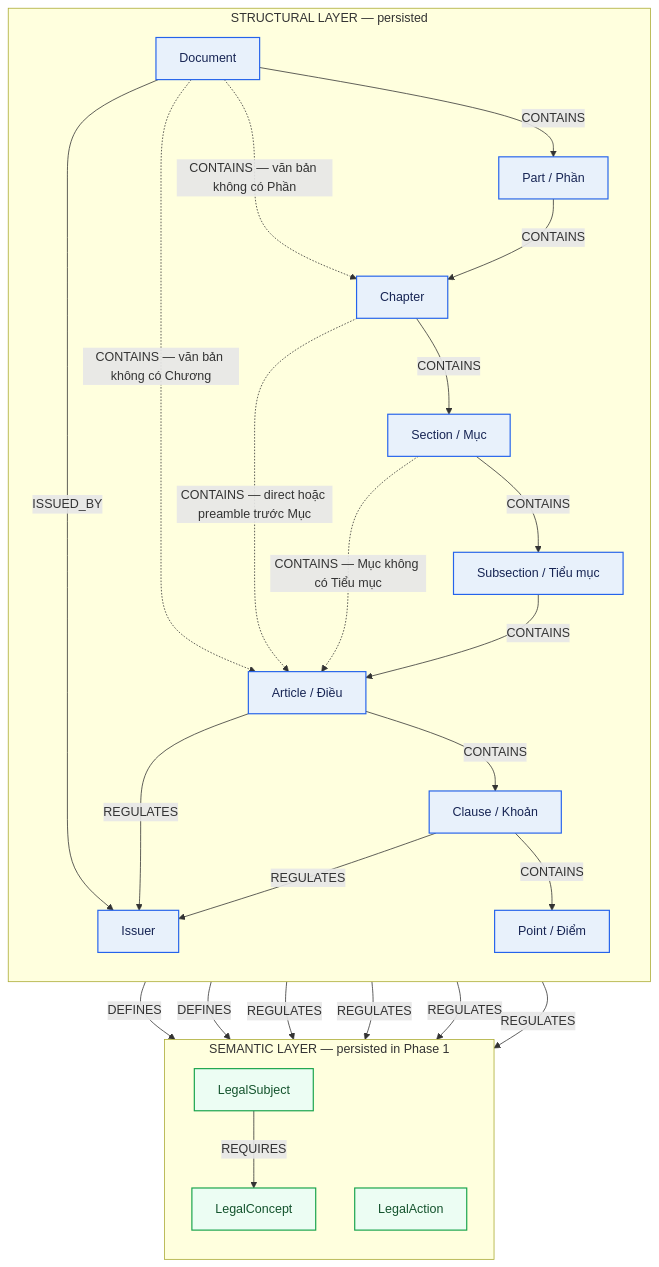
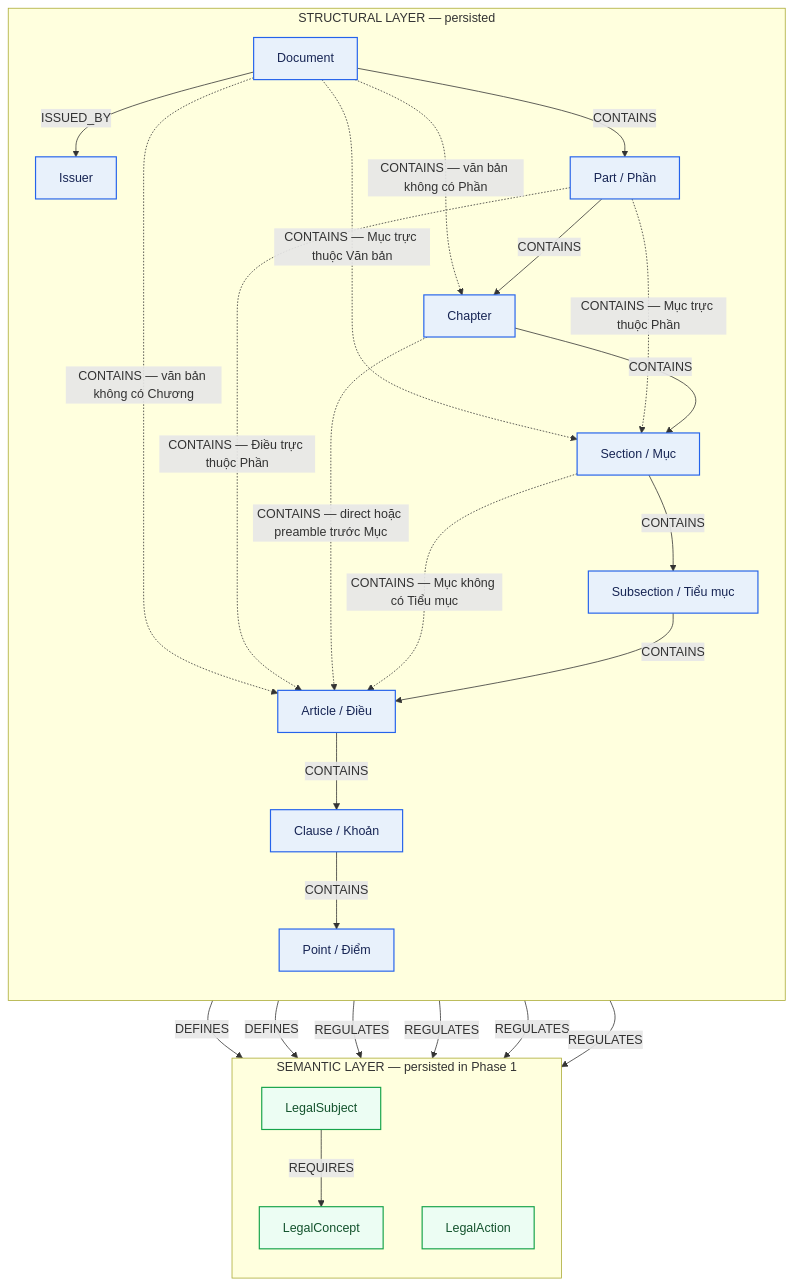
One commit to legal-graphrag-platform-vn/legal-graphrag-platform-vn changed the first of 2 diagrams in docs/report/neo4j_schema_diagram.md. Above: the diagram before and after it, drawn with Mermaid. The commit also changed other lines of this file and 13 other files, not shown here.

Commit message:
fix(ontology): sync Neo4j schema v1.12

````diff
--- a/docs/report/neo4j_schema_diagram.md
+++ b/docs/report/neo4j_schema_diagram.md
@@ -10,50 +10,51 @@
 ```mermaid
 flowchart TB
     subgraph STRUCTURAL["STRUCTURAL LAYER — persisted"]
         direction TB
         D["Document"]
         I["Issuer"]
         PART["Part / Phần"]
         CH["Chapter"]
         SEC["Section / Mục"]
         SUB["Subsection / Tiểu mục"]
         ART["Article / Điều"]
         CLA["Clause / Khoản"]
         PT["Point / Điểm"]
 
         D -->|ISSUED_BY| I
         D -->|CONTAINS| PART
         D -.->|CONTAINS — văn bản không có Phần| CH
+        D -.->|CONTAINS — Mục trực thuộc Văn bản| SEC
         D -.->|CONTAINS — văn bản không có Chương| ART
         PART -->|CONTAINS| CH
+        PART -.->|CONTAINS — Mục trực thuộc Phần| SEC
+        PART -.->|CONTAINS — Điều trực thuộc Phần| ART
         CH -->|CONTAINS| SEC
         CH -.->|CONTAINS — direct hoặc preamble trước Mục| ART
         SEC -->|CONTAINS| SUB
         SEC -.->|CONTAINS — Mục không có Tiểu mục| ART
         SUB -->|CONTAINS| ART
         ART -->|CONTAINS| CLA
         CLA -->|CONTAINS| PT
     end
 
     subgraph SEMANTIC["SEMANTIC LAYER — persisted in Phase 1"]
         direction TB
         LC["LegalConcept"]
         LS["LegalSubject"]
         LA["LegalAction"]
     end
 
     ART -->|DEFINES| LC
     CLA -->|DEFINES| LC
     ART -->|REGULATES| LS
     CLA -->|REGULATES| LS
     ART -->|REGULATES| LA
     CLA -->|REGULATES| LA
-    ART -->|REGULATES| I
-    CLA -->|REGULATES| I
     LS -->|REQUIRES| LC
 
     classDef structural fill:#e8f1fb,stroke:#2563eb,color:#172554,stroke-width:1.5px;
     classDef semantic fill:#ecfdf3,stroke:#16a34a,color:#14532d,stroke-width:1.5px;
     class D,I,PART,CH,SEC,SUB,ART,CLA,PT structural;
     class LC,LS,LA semantic;
 ```
````
